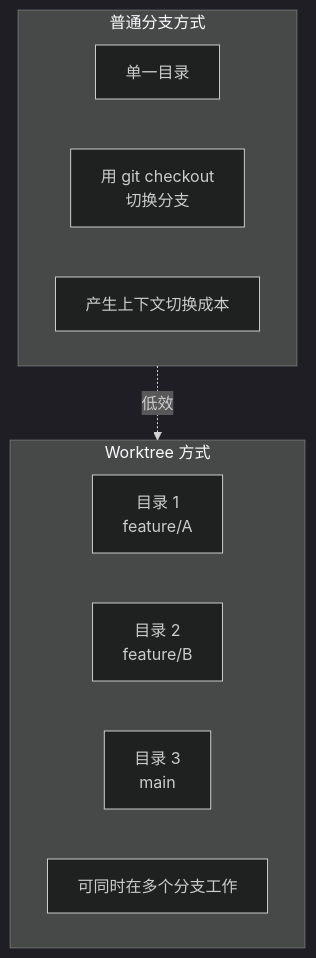
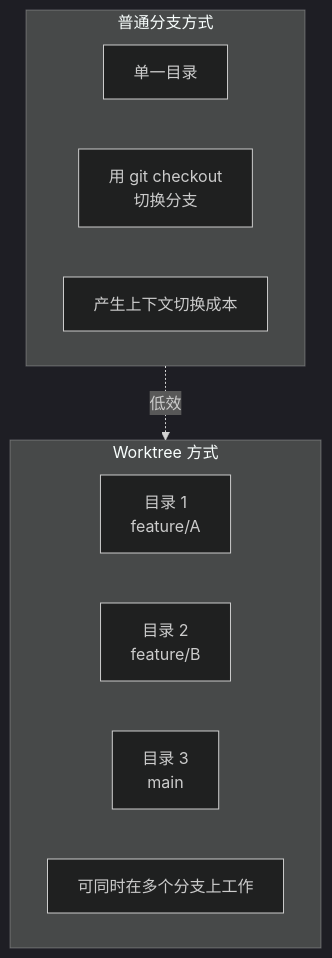
Before and after one commit to modu-ai/moai-adk: the first of 9 diagrams in docs-site/content/zh/worktree/faq.md, drawn with Mermaid (dark theme). The commit also changed other lines of this file and 180 other files, not shown here.

````diff
--- a/docs-site/content/zh/worktree/faq.md
+++ b/docs-site/content/zh/worktree/faq.md
@@ -25,17 +25,17 @@
 ```mermaid
 graph TB
     subgraph Traditional["普通分支方式"]
         T1[单一目录]
         T2[用 git checkout<br/>切换分支]
         T3[产生上下文切换成本]
     end
 
     subgraph Worktree["Worktree 方式"]
         W1[目录 1<br/>feature/A]
         W2[目录 2<br/>feature/B]
         W3[目录 3<br/>main]
-        W4[可同时在多个分支工作]
+        W4[可同时在多个分支上工作]
     end
 
     Traditional -.->|低效| Worktree
 ```
````
